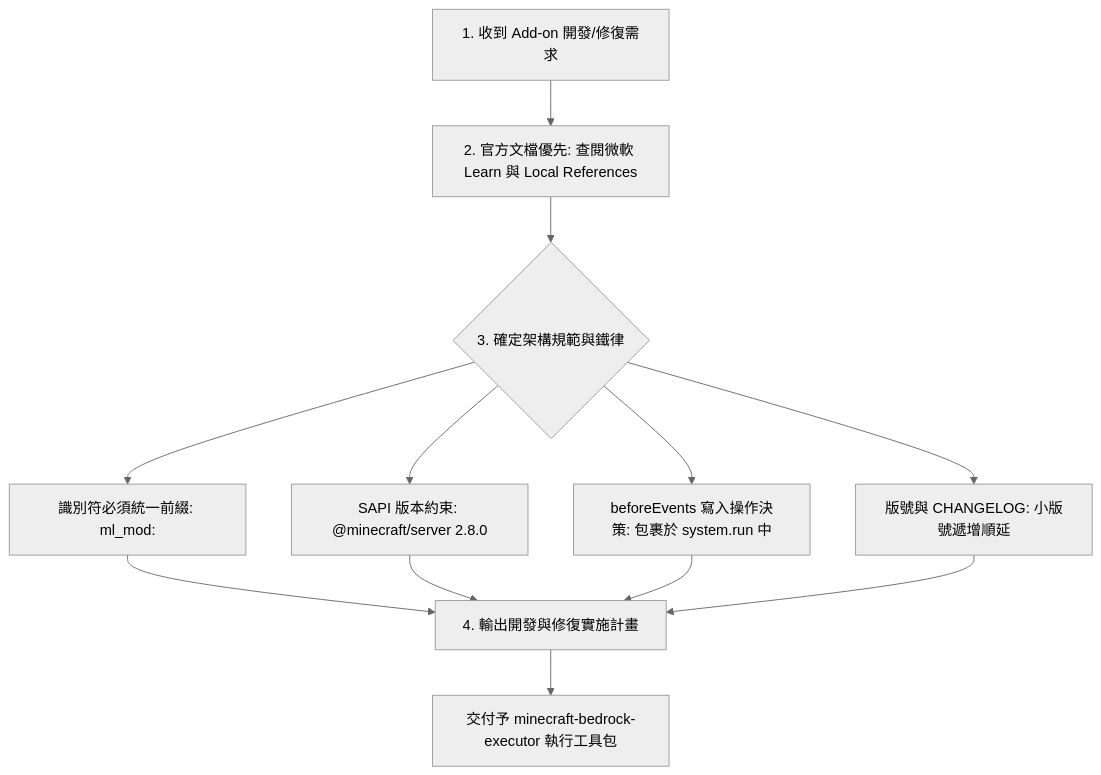
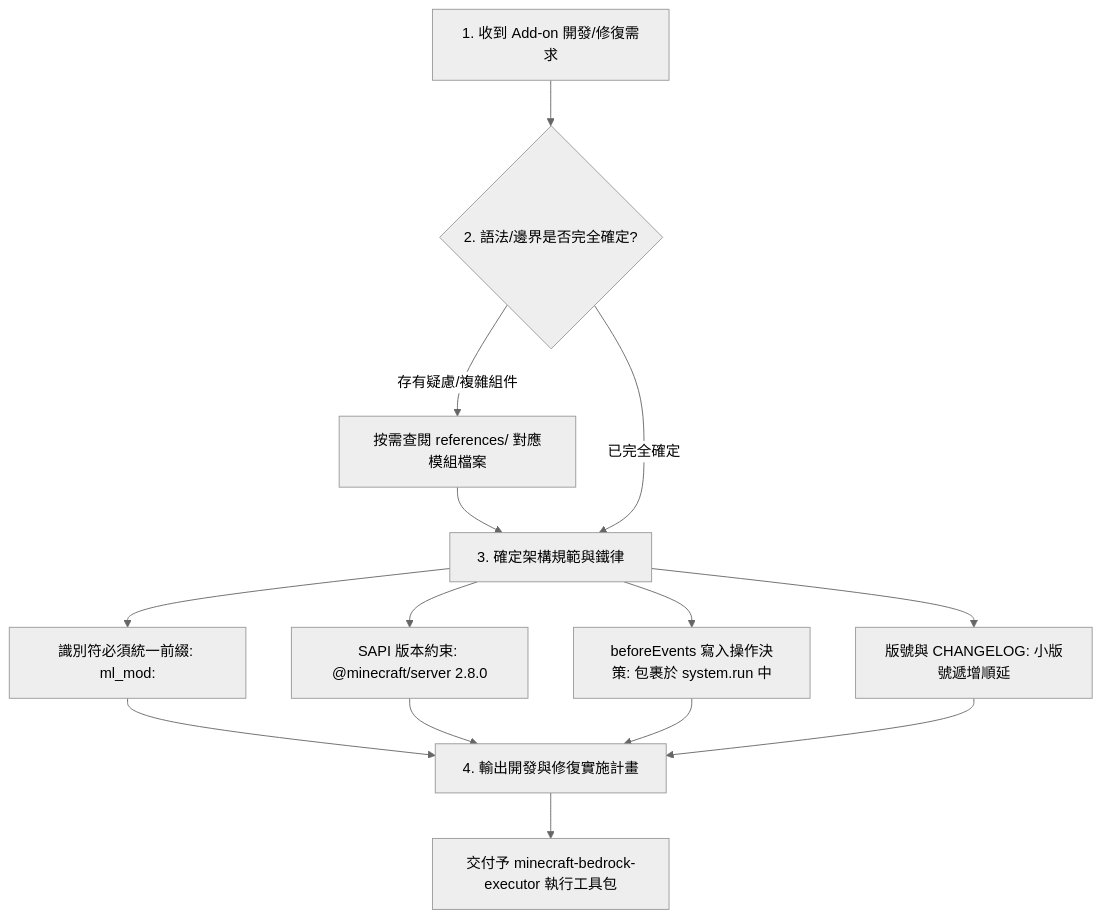
Before and after one commit to hi-6688/ml_addon: the diagram in .agents/skills/minecraft-bedrock-planner/SKILL.md, drawn with Mermaid (neutral theme). The commit also changed other lines of this file, not shown here.

Commit message:
優化: 將 references 改為按需索引模式 (On-Demand Reference Policy)

````diff
--- a/.agents/skills/minecraft-bedrock-planner/SKILL.md
+++ b/.agents/skills/minecraft-bedrock-planner/SKILL.md
@@ -18,11 +18,13 @@
 ```mermaid
 graph TD
-    A[1. 收到 Add-on 開發/修復需求] --> B[2. 官方文檔優先: 查閱微軟 Learn 與 Local References]
-    B --> C{3. 確定架構規範與鐵律}
+    A[1. 收到 Add-on 開發/修復需求] --> B{2. 語法/邊界是否完全確定?}
+    B -- 存有疑慮/複雜組件 --> B1[按需查閱 references/ 對應模組檔案] --> C
+    B -- 已完全確定 --> C[3. 確定架構規範與鐵律]
+    
     C --> C1[識別符必須統一前綴: ml_mod:]
     C --> C2[SAPI 版本約束: @minecraft/server 2.8.0]
     C --> C3[beforeEvents 寫入操作決策: 包裹於 system.run 中]
     C --> C4[版號與 CHANGELOG: 小版號遞增順延]
     C1 & C2 & C3 & C4 --> D[4. 輸出開發與修復實施計畫]
     D --> E[交付予 minecraft-bedrock-executor 執行工具包]
 ```
````
